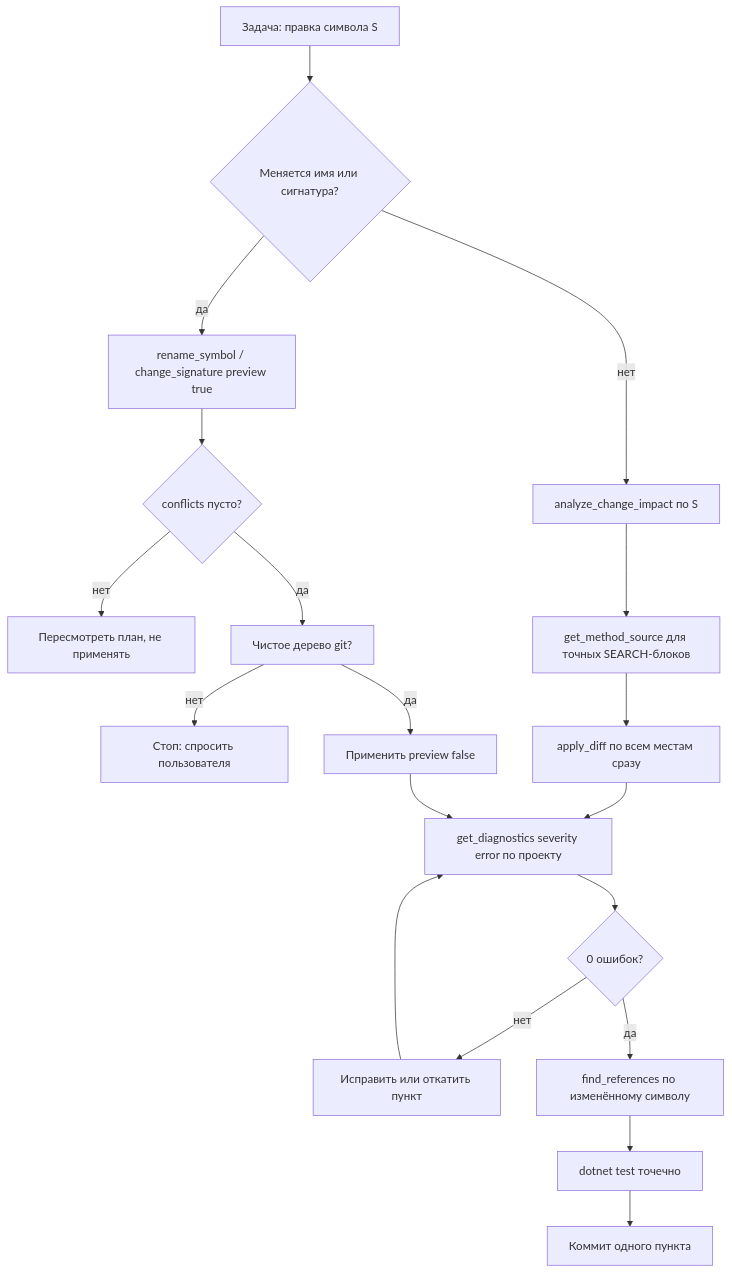
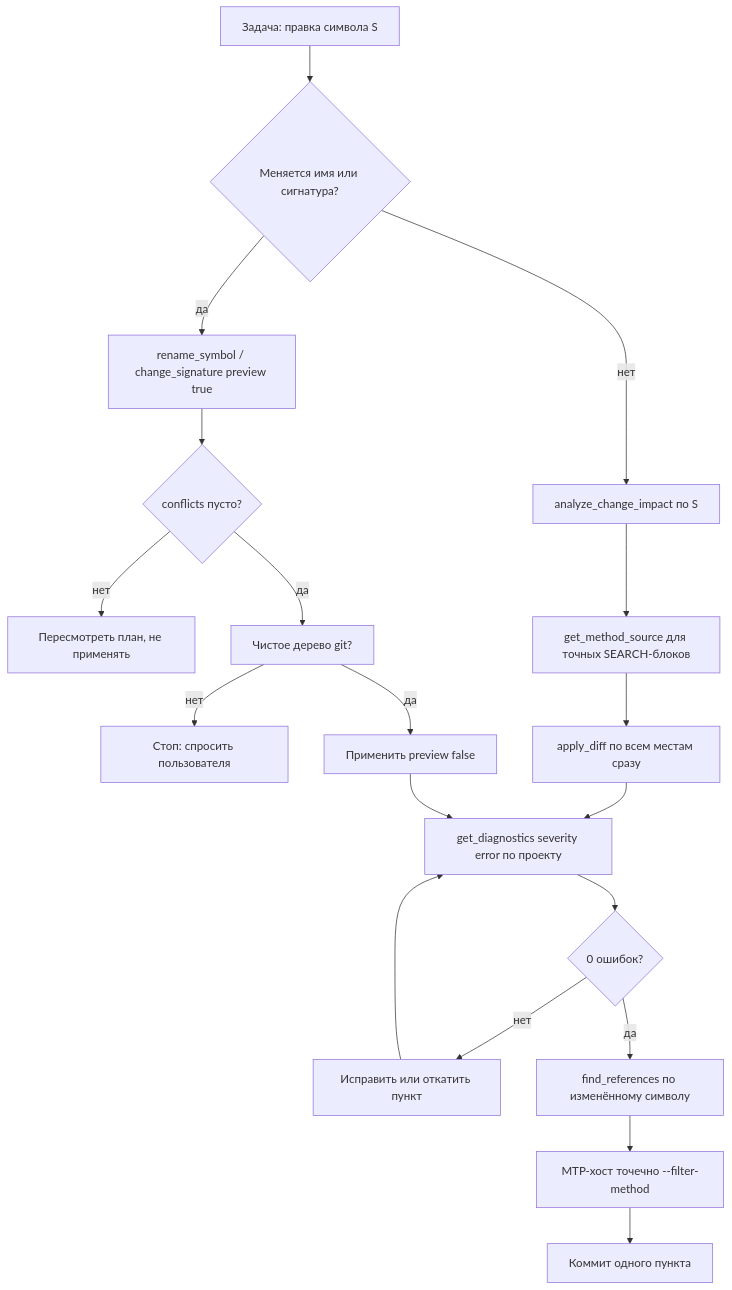
Before and after one commit to omsk1984-hub/mcp-roslyn: the diagram in .roo/skills/edit-validation-protocol/SKILL.md, drawn with Mermaid. The commit also changed other lines of this file and 16 other files, not shown here.

````diff
--- a/.roo/skills/edit-validation-protocol/SKILL.md
+++ b/.roo/skills/edit-validation-protocol/SKILL.md
@@ -41,21 +41,21 @@
 ```mermaid
 flowchart TD
     A[Задача: правка символа S] --> B{Меняется имя или сигнатура?}
     B -- да --> C[rename_symbol / change_signature preview true]
     C --> D{conflicts пусто?}
     D -- нет --> E[Пересмотреть план, не применять]
     D -- да --> F[Чистое дерево git?]
     F -- нет --> G[Стоп: спросить пользователя]
     F -- да --> H[Применить preview false]
     B -- нет --> I[analyze_change_impact по S]
     I --> J[get_method_source для точных SEARCH-блоков]
     J --> K[apply_diff по всем местам сразу]
     K --> L[get_diagnostics severity error по проекту]
     H --> L
     L --> M{0 ошибок?}
     M -- нет --> N[Исправить или откатить пункт]
     N --> L
     M -- да --> O[find_references по изменённому символу]
-    O --> P[dotnet test точечно]
+    O --> P[MTP-хост точечно --filter-method]
     P --> Q[Коммит одного пункта]
 ```
````
